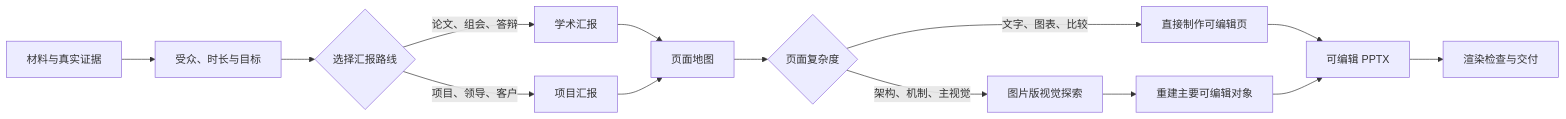
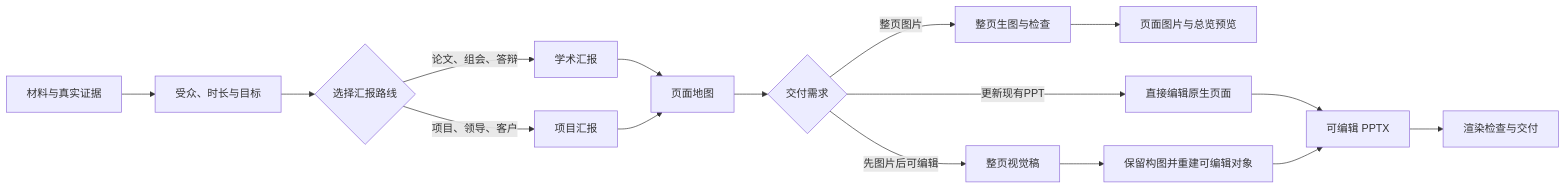
Before and after one commit to tangyouci/yitong-ppt: the diagram in README.md, drawn with Mermaid. The commit also changed other lines of this file and 8 other files, not shown here.

````diff
--- a/README.md
+++ b/README.md
@@ -85,16 +105,18 @@
 ```mermaid
 flowchart LR
     A[材料与真实证据] --> B[受众、时长与目标]
     B --> C{选择汇报路线}
     C -->|论文、组会、答辩| D[学术汇报]
     C -->|项目、领导、客户| E[项目汇报]
     D --> F[页面地图]
     E --> F
-    F --> G{页面复杂度}
-    G -->|文字、图表、比较| H[直接制作可编辑页]
-    G -->|架构、机制、主视觉| I[图片版视觉探索]
-    I --> J[重建主要可编辑对象]
+    F --> G{交付需求}
+    G -->|整页图片| I[整页生图与检查]
+    I --> M[页面图片与总览预览]
+    G -->|先图片后可编辑| N[整页视觉稿]
+    N --> J[保留构图并重建可编辑对象]
+    G -->|更新现有PPT| H[直接编辑原生页面]
     H --> K[可编辑 PPTX]
     J --> K
     K --> L[渲染检查与交付]
 ```
````
